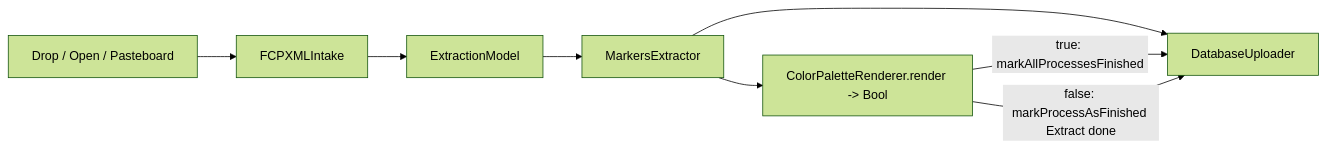
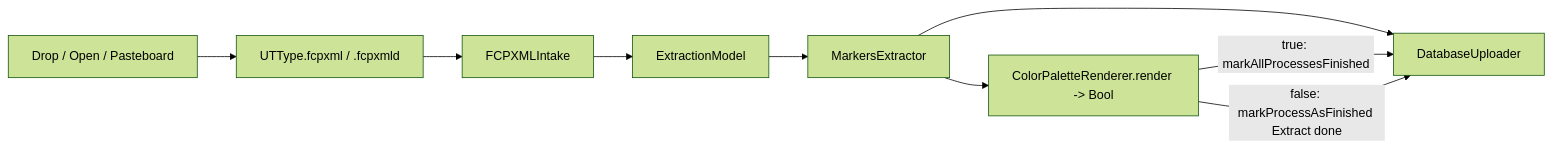
Before and after one commit to TheAcharya/MarkerData: the second of 9 diagrams in ARCHITECTURE.md, drawn with Mermaid (forest theme). The commit also changed other lines of this file and 9 other files, not shown here.

````diff
--- a/ARCHITECTURE.md
+++ b/ARCHITECTURE.md
@@ -322,15 +327,16 @@
 ```mermaid
 flowchart LR
   Drop[Drop / Open / Pasteboard]
+  UT["UTType.fcpxml / .fcpxmld"]
   Intake[FCPXMLIntake]
   EM[ExtractionModel]
   ME[MarkersExtractor]
   Swatch["ColorPaletteRenderer.render -> Bool"]
   Up[DatabaseUploader]
 
-  Drop --> Intake --> EM --> ME
+  Drop --> UT --> Intake --> EM --> ME
   ME --> Swatch
   ME --> Up
   Swatch -->|true: markAllProcessesFinished| Up
   Swatch -->|false: markProcessAsFinished Extract done| Up
 ```
````
